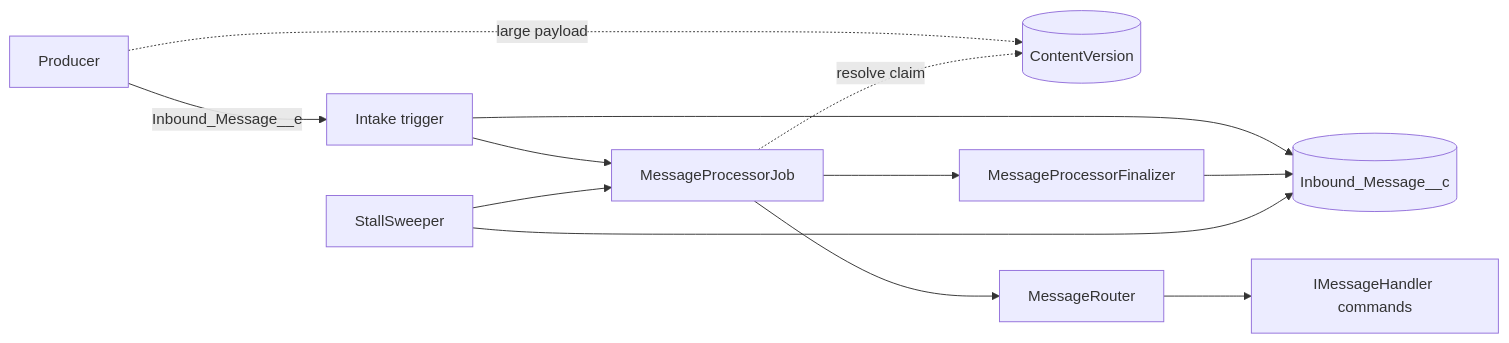
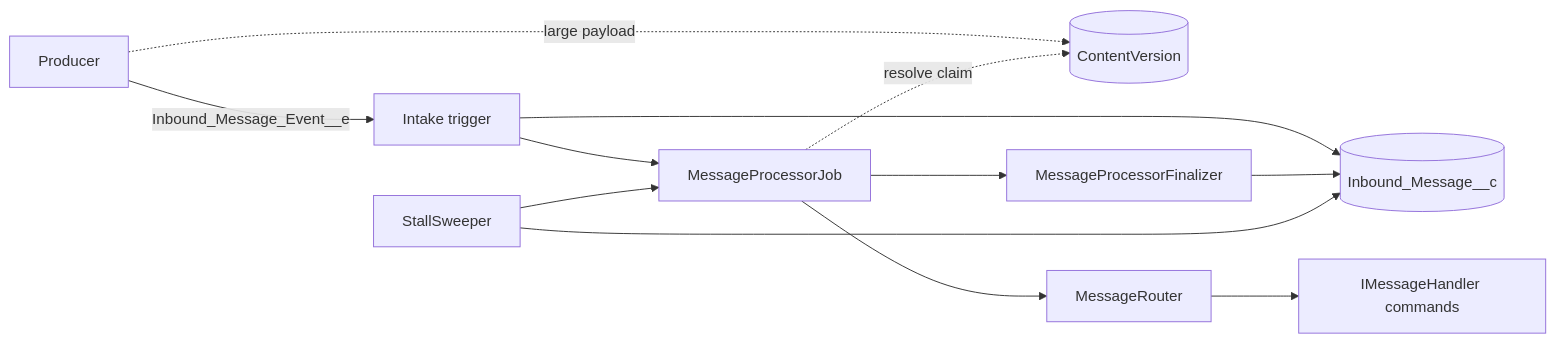
The diagram in README.md (csquaredaz/apex-event-ingestion), drawn with Mermaid before and after one commit. The commit also changed other lines of this file and 2 other files, not shown here.

First line of the commit message:
docs(adr): add 0007 for Platform Event intake and settle message ownership

````diff
--- a/README.md
+++ b/README.md
@@ -14,14 +14,14 @@
 ```mermaid
 flowchart LR
-  producer[Producer] -->|Inbound_Message__e| intake[Intake trigger]
+  producer[Producer] -->|Inbound_Message_Event__e| intake[Intake trigger]
   producer -.->|large payload| files[(ContentVersion)]
   intake --> store[(Inbound_Message__c)]
   intake --> job[MessageProcessorJob]
   job --> router[MessageRouter]
   router --> handlers[IMessageHandler commands]
   job -.->|resolve claim| files
   job --> finalizer[MessageProcessorFinalizer]
   finalizer --> store
   sweeper[StallSweeper] --> store
   sweeper --> job
 ```
````
